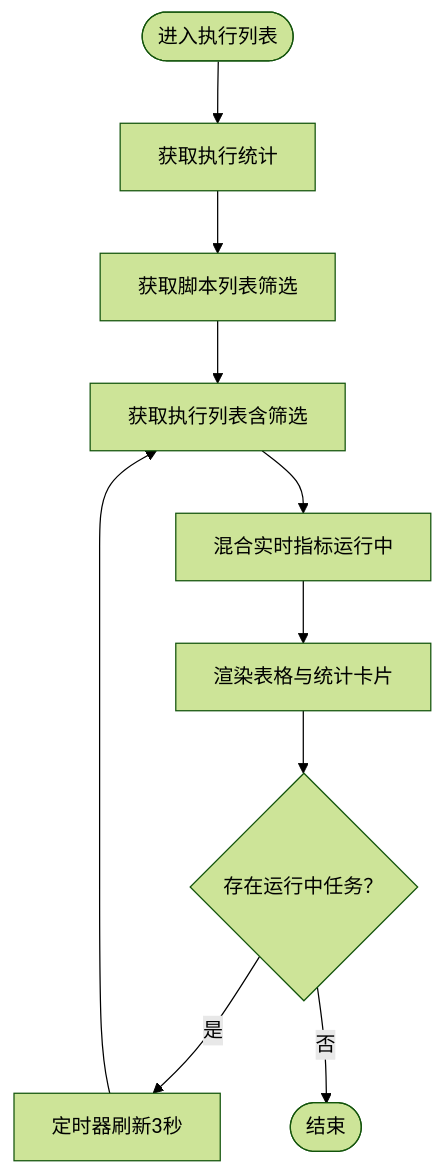
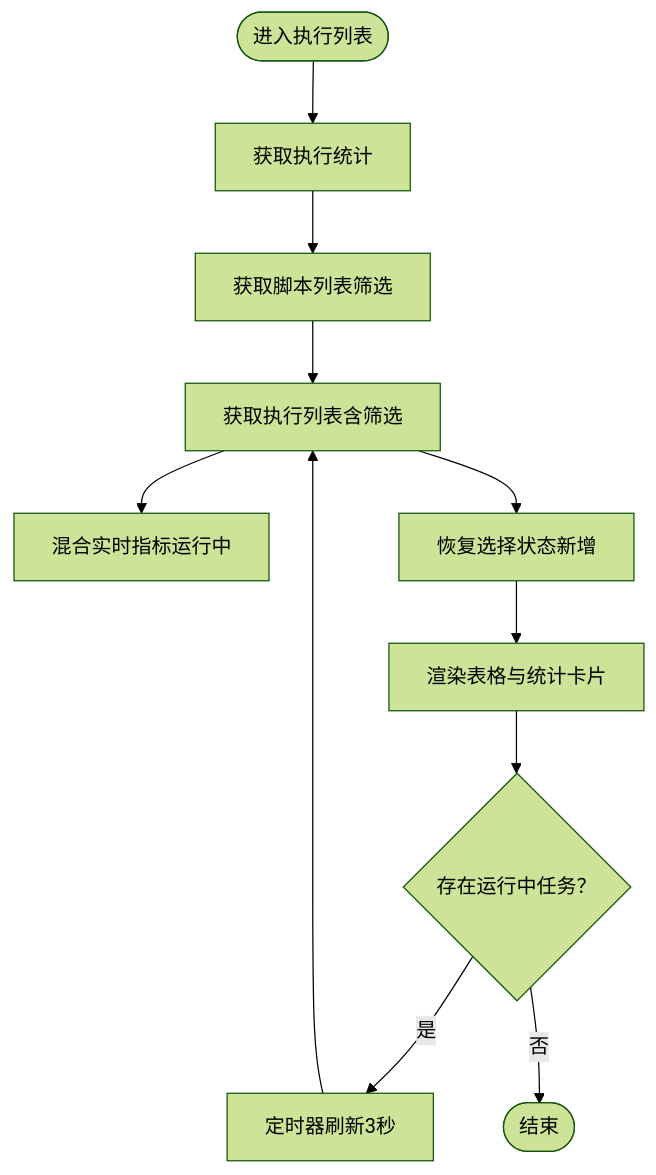
One commit to Liyuhao02/Jmeter-Admin changed the third of 6 diagrams in .qoder/repowiki/zh/content/前端组件详解/执行管理组件.md. Above: the diagram before and after it, drawn with Mermaid (forest theme). The commit also changed other lines of this file and 34 other files, not shown here.

````diff
--- a/.qoder/repowiki/zh/content/前端组件详解/执行管理组件.md
+++ b/.qoder/repowiki/zh/content/前端组件详解/执行管理组件.md
@@ -140,12 +161,13 @@
 ```mermaid
 flowchart TD
 Start(["进入执行列表"]) --> LoadStats["获取执行统计"]
 LoadStats --> LoadScripts["获取脚本列表筛选"]
 LoadScripts --> LoadList["获取执行列表含筛选"]
 LoadList --> HydrateLive["混合实时指标运行中"]
-HydrateLive --> Render["渲染表格与统计卡片"]
+LoadList --> RestoreSelection["恢复选择状态新增"]
+RestoreSelection --> Render["渲染表格与统计卡片"]
 Render --> AutoRefresh{"存在运行中任务？"}
 AutoRefresh --> |是| Timer["定时器刷新3秒"]
 AutoRefresh --> |否| End(["结束"])
 Timer --> LoadList
 ```
````
